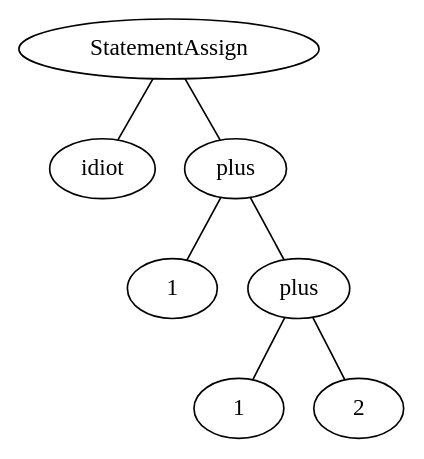
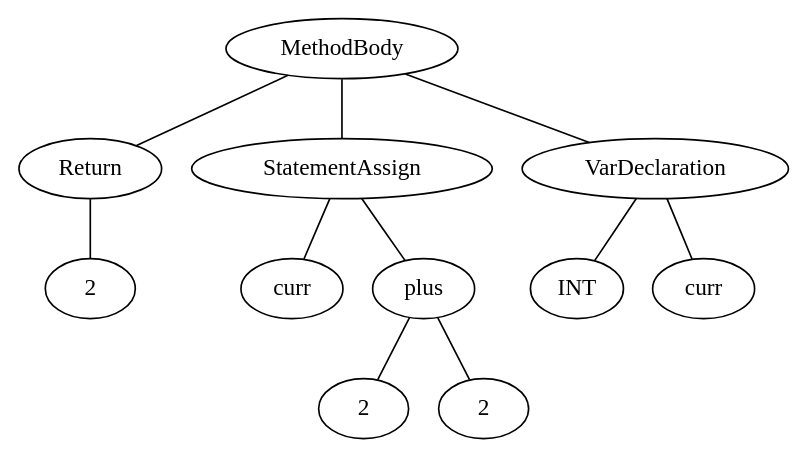
Before and after one commit to celidos/JavaCompiler: the diagram in output/graphviz_output.dot, drawn with Graphviz. The commit also changed 15 other files, not shown here.

Commit message:
method body added

```diff
--- a/output/graphviz_output.dot
+++ b/output/graphviz_output.dot
@@ -1,15 +1,23 @@
 graph my_graph {
-s1_31879632	[ label = 1];
-s1_31879760	[ label = 1];
-s2_31879696	[ label = 2];
-sStatementAssign_31880048	[ label = StatementAssign];
-sidiot_31880048	[ label = idiot];
-splus_31879824	[ label = plus];
-splus_31879936	[ label = plus];
-	sStatementAssign_31880048 -- sidiot_31880048;
-	sStatementAssign_31880048 -- splus_31879936;
-	splus_31879824 -- s2_31879696;
-	splus_31879824 -- s1_31879760;
-	splus_31879936 -- s1_31879632;
-	splus_31879936 -- splus_31879824;
+s2_9253472	[ label = 2];
+s2_9253536	[ label = 2];
+s2_9253808	[ label = 2];
+sINT_9253328	[ label = INT];
+sMethodBody_9253872	[ label = MethodBody];
+sReturn_9253872	[ label = Return];
+sStatementAssign_9253712	[ label = StatementAssign];
+sVarDeclaration_9253376	[ label = VarDeclaration];
+scurr_9253376	[ label = curr];
+scurr_9253712	[ label = curr];
+splus_9253600	[ label = plus];
+	sMethodBody_9253872 -- sVarDeclaration_9253376;
+	sMethodBody_9253872 -- sStatementAssign_9253712;
+	sMethodBody_9253872 -- sReturn_9253872;
+	sReturn_9253872 -- s2_9253808;
+	sStatementAssign_9253712 -- scurr_9253712;
+	sStatementAssign_9253712 -- splus_9253600;
+	sVarDeclaration_9253376 -- sINT_9253328;
+	sVarDeclaration_9253376 -- scurr_9253376;
+	splus_9253600 -- s2_9253472;
+	splus_9253600 -- s2_9253536;
 }
```
